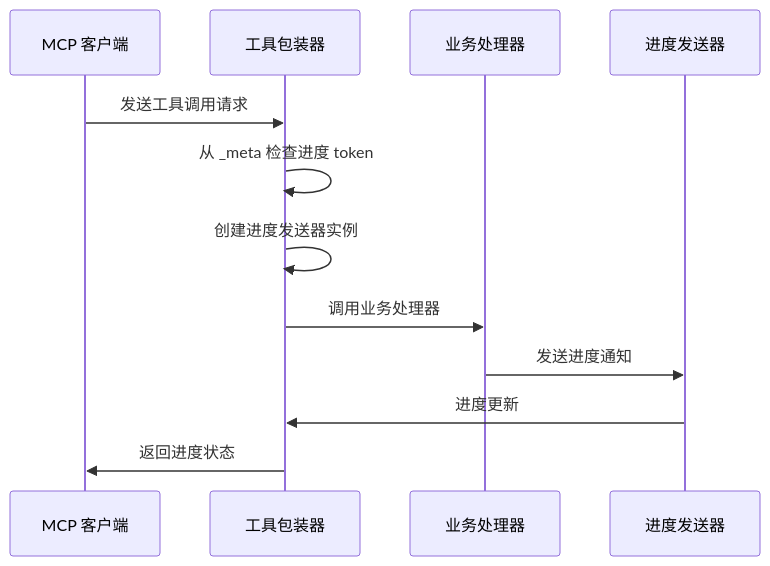
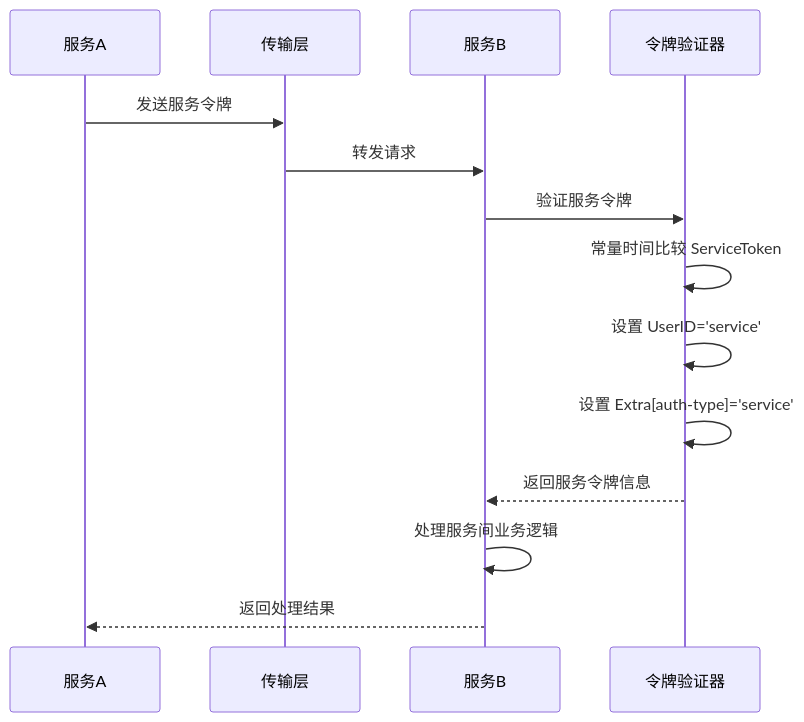
One commit to maomao94/zero-service changed the third of 10 diagrams in .qoder/repowiki/zh/content/Mcpx Authentication System.md. Above: the diagram before and after it, drawn with Mermaid. The commit also changed other lines of this file and 58 other files, not shown here.

````diff
--- a/.qoder/repowiki/zh/content/Mcpx Authentication System.md
+++ b/.qoder/repowiki/zh/content/Mcpx Authentication System.md
@@ -178,14 +185,16 @@
 ```mermaid
 sequenceDiagram
-participant Client as MCP 客户端
-participant Wrapper as 工具包装器
-participant Business as 业务处理器
-participant Sender as 进度发送器
-Client->>Wrapper : 发送工具调用请求
-Wrapper->>Wrapper : 从 _meta 检查进度 token
-Wrapper->>Wrapper : 创建进度发送器实例
-Wrapper->>Business : 调用业务处理器
-Business->>Sender : 发送进度通知
-Sender->>Wrapper : 进度更新
-Wrapper->>Client : 返回进度状态
+participant ServiceA as 服务A
+participant Transport as 传输层
+participant ServiceB as 服务B
+participant Verifier as 令牌验证器
+ServiceA->>Transport : 发送服务令牌
+Transport->>ServiceB : 转发请求
+ServiceB->>Verifier : 验证服务令牌
+Verifier->>Verifier : 常量时间比较 ServiceToken
+Verifier->>Verifier : 设置 UserID='service'
+Verifier->>Verifier : 设置 Extra[auth-type]='service'
+Verifier-->>ServiceB : 返回服务令牌信息
+ServiceB->>ServiceB : 处理服务间业务逻辑
+ServiceB-->>ServiceA : 返回处理结果
 ```
````
